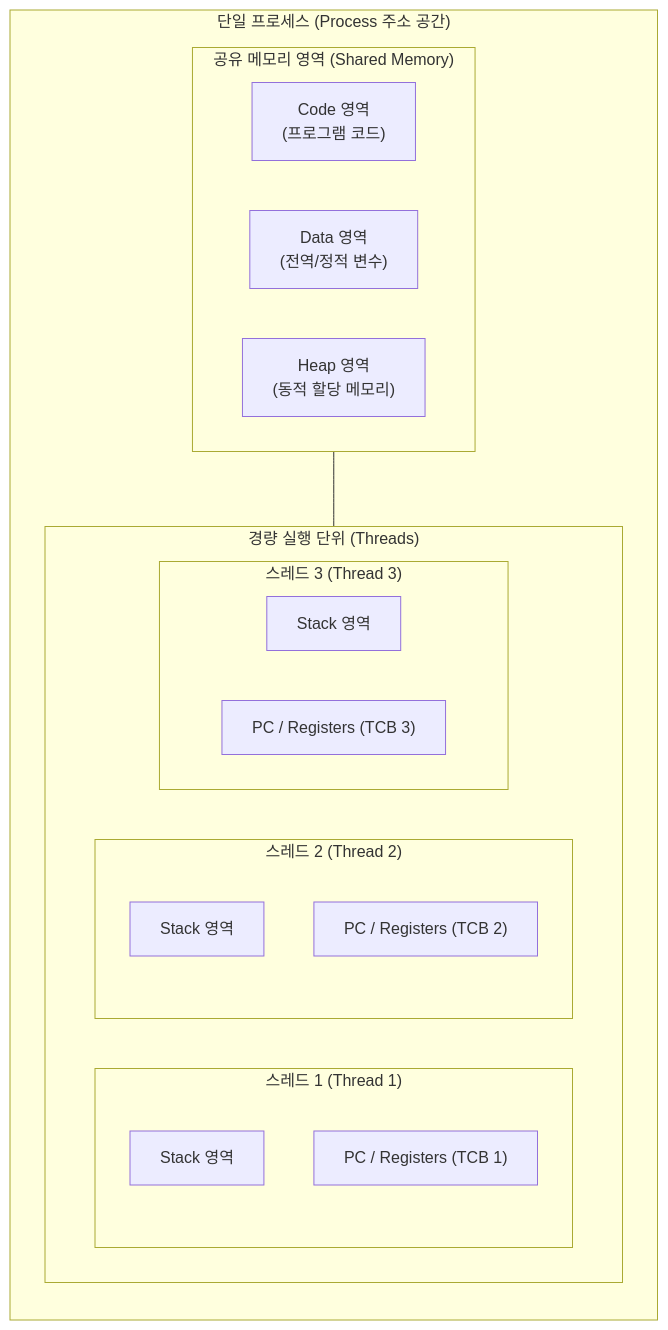
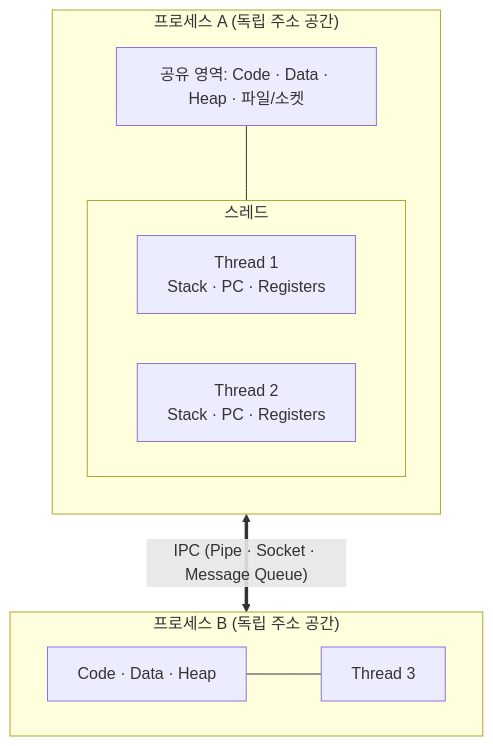
One commit to supremethumb/supremethumb.github.io changed the diagram in content/01_IT Tech/프로세스와 스레드 비교.md. Above: the diagram before and after it, drawn with Mermaid. The commit also changed other lines of this file and 1087 other files, not shown here.

````diff
--- a/content/01_IT Tech/프로세스와 스레드 비교.md
+++ b/content/01_IT Tech/프로세스와 스레드 비교.md
@@ -30,32 +36,17 @@
 ```mermaid
 flowchart TB
-    subgraph PROCESS["단일 프로세스 (Process 주소 공간)"]
+    subgraph PA["프로세스 A (독립 주소 공간)"]
         direction TB
-        
-        subgraph SHARED_MEM["공유 메모리 영역 (Shared Memory)"]
+        SA["공유 영역: Code · Data · Heap · 파일/소켓"]
+        subgraph TA["스레드"]
             direction LR
-            C["Code 영역<br/>(프로그램 코드)"]
-            D["Data 영역<br/>(전역/정적 변수)"]
-            H["Heap 영역<br/>(동적 할당 메모리)"]
+            T1["Thread 1<br/>Stack · PC · Registers"]
+            T2["Thread 2<br/>Stack · PC · Registers"]
         end
-
-        subgraph THREADS["경량 실행 단위 (Threads)"]
-            direction LR
-            subgraph T1["스레드 1 (Thread 1)"]
-                S1["Stack 영역"]
-                R1["PC / Registers (TCB 1)"]
-            end
-            subgraph T2["스레드 2 (Thread 2)"]
-                S2["Stack 영역"]
-                R2["PC / Registers (TCB 2)"]
-            end
-            subgraph T3["스레드 3 (Thread 3)"]
-                S3["Stack 영역"]
-                R3["PC / Registers (TCB 3)"]
-            end
-        end
-
-        SHARED_MEM --- THREADS
+        SA --- TA
     end
-
+    subgraph PB["프로세스 B (독립 주소 공간)"]
+        SB["Code · Data · Heap"] --- T3["Thread 3"]
+    end
+    PA <== "IPC (Pipe · Socket · Message Queue)" ==> PB
 ```
````
